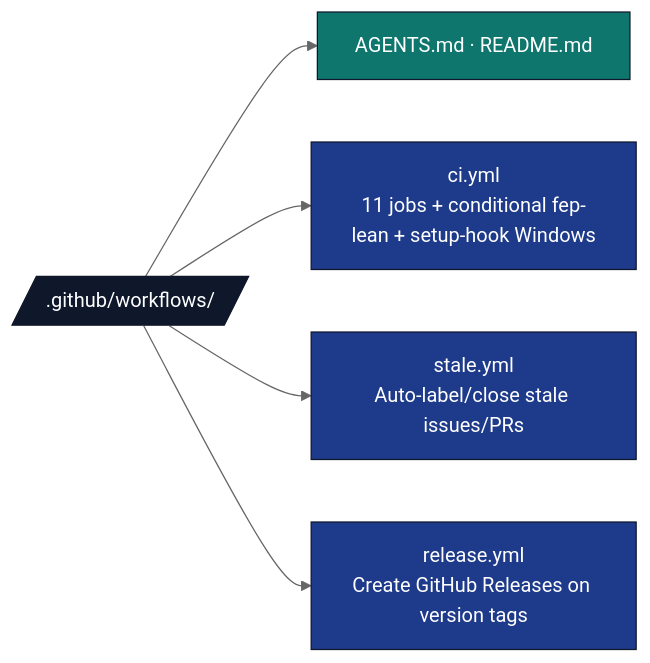
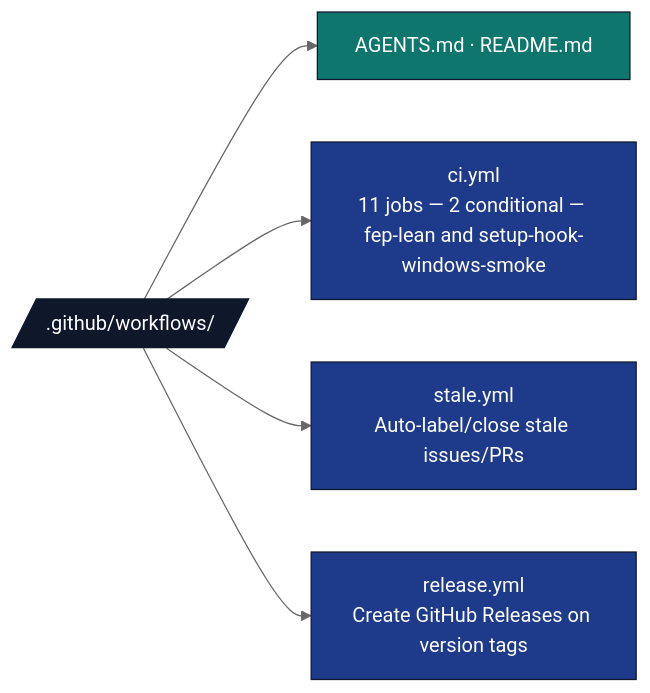
The first of 2 diagrams in .github/workflows/AGENTS.md (docxology/template), drawn with Mermaid (neutral theme) before and after one commit. The commit also changed other lines of this file and 952 other files, not shown here.

````diff
--- a/.github/workflows/AGENTS.md
+++ b/.github/workflows/AGENTS.md
@@ -9,15 +9,15 @@
 ```mermaid
 flowchart LR
     W[/.github/workflows//]
     W --> META[AGENTS.md · README.md]
-    W --> CI[ci.yml<br/>11 jobs + conditional fep-lean + setup-hook Windows]
+    W --> CI[ci.yml<br/>11 jobs — 2 conditional — fep-lean and setup-hook-windows-smoke]
     W --> STALE[stale.yml<br/>Auto-label/close stale issues/PRs]
     W --> REL[release.yml<br/>Create GitHub Releases on version tags]
 
     classDef d fill:#0f172a,stroke:#0f172a,color:#fff
     classDef code fill:#1e3a8a,stroke:#0f172a,color:#fff
     classDef doc fill:#0f766e,stroke:#0f172a,color:#fff
     class W d
     class CI,STALE,REL code
     class META doc
 ```
````
